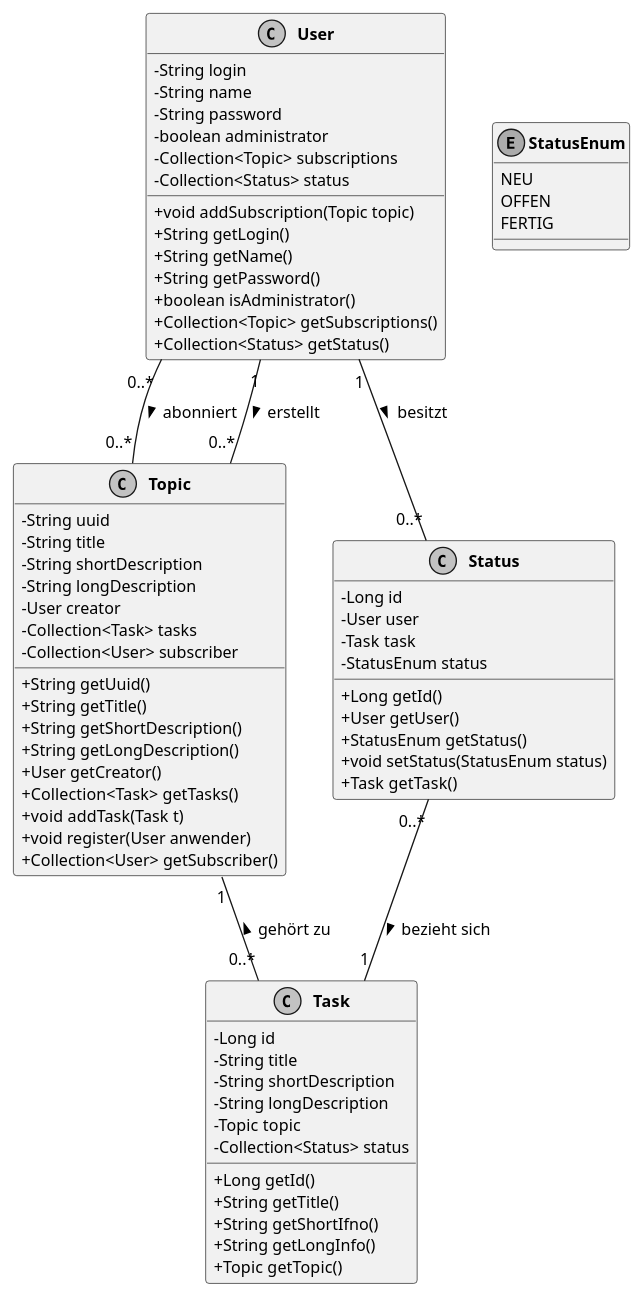
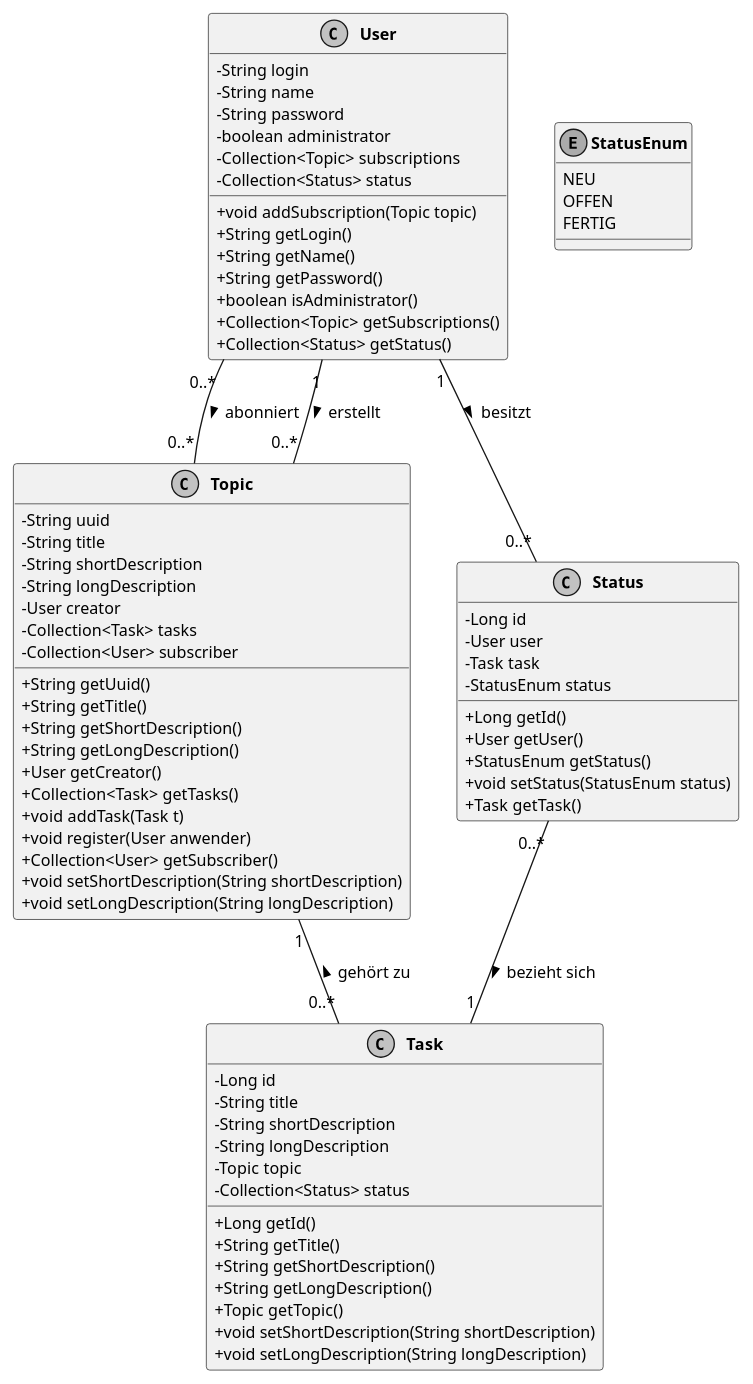
Before and after one commit to SimonHirner/agenda20: the diagram in doku/Datenmodell.plantuml, drawn with PlantUML. The commit also changed 6 other files, not shown here.

```diff
--- a/doku/Datenmodell.plantuml
+++ b/doku/Datenmodell.plantuml
@@ -1,87 +1,91 @@
 @startuml
 
 ' Layout
 skinparam classAttributeIconSize 0
 skinparam monochrome true
 skinparam shadowing false
 skinparam DefaultFontName arial
 skinparam DefaultFontSize 12
 skinparam ClassFontStyle bold
 hide empty fields
 
 ' Assoziationen
 User "0..*" -- "0..*" Topic : > abonniert
 User "1" -- "0..*" Topic : > erstellt
 User "1" -- "0..*" Status : > besitzt
 Topic "1" -- "0..*" Task : < gehört zu
 Status "0..*" -- "1" Task : > bezieht sich
 
 ' Klassen
 class Status [[java:edu.hm.cs.katz.swt2.agenda.persistence.Status]] {
 	-Long id
 	-User user
 	-Task task
 	-StatusEnum status
 	+Long getId()
 	+User getUser()
 	+StatusEnum getStatus()
 	+void setStatus(StatusEnum status)
 	+Task getTask()
 }
 
 class Task [[java:edu.hm.cs.katz.swt2.agenda.persistence.Task]] {
 	-Long id
 	-String title
 	-String shortDescription
 	-String longDescription
 	-Topic topic
 	-Collection<Status> status
 	+Long getId()
 	+String getTitle()
-	+String getShortIfno()
-	+String getLongInfo()
+	+String getShortDescription()
+	+String getLongDescription()
 	+Topic getTopic()
+	+void setShortDescription(String shortDescription)
+	+void setLongDescription(String longDescription)
 }
 
 class User [[java:edu.hm.cs.katz.swt2.agenda.persistence.User]] {
 	-String login
 	-String name
 	-String password
 	-boolean administrator
 	-Collection<Topic> subscriptions
 	-Collection<Status> status
 	+void addSubscription(Topic topic)
 	+String getLogin()
 	+String getName()
 	+String getPassword()
 	+boolean isAdministrator()
 	+Collection<Topic> getSubscriptions()
 	+Collection<Status> getStatus()
 }
 
 class Topic [[java:edu.hm.cs.katz.swt2.agenda.persistence.Topic]] {
 	-String uuid
 	-String title
 	-String shortDescription
 	-String longDescription
 	-User creator
 	-Collection<Task> tasks
 	-Collection<User> subscriber
 	+String getUuid()
 	+String getTitle()
 	+String getShortDescription()
 	+String getLongDescription()
 	+User getCreator()
 	+Collection<Task> getTasks()
 	+void addTask(Task t)
 	+void register(User anwender)
 	+Collection<User> getSubscriber()
+	+void setShortDescription(String shortDescription)
+	+void setLongDescription(String longDescription)
 }
 
 enum StatusEnum [[java:edu.hm.cs.katz.swt2.agenda.common.StatusEnum]] {
 	NEU
 	OFFEN
 	FERTIG
 }
 
 @enduml
```
